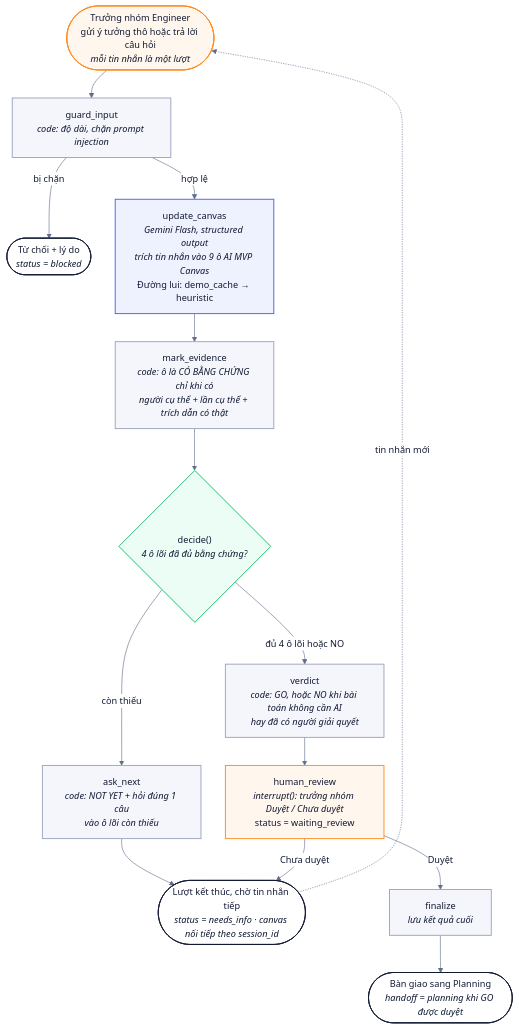
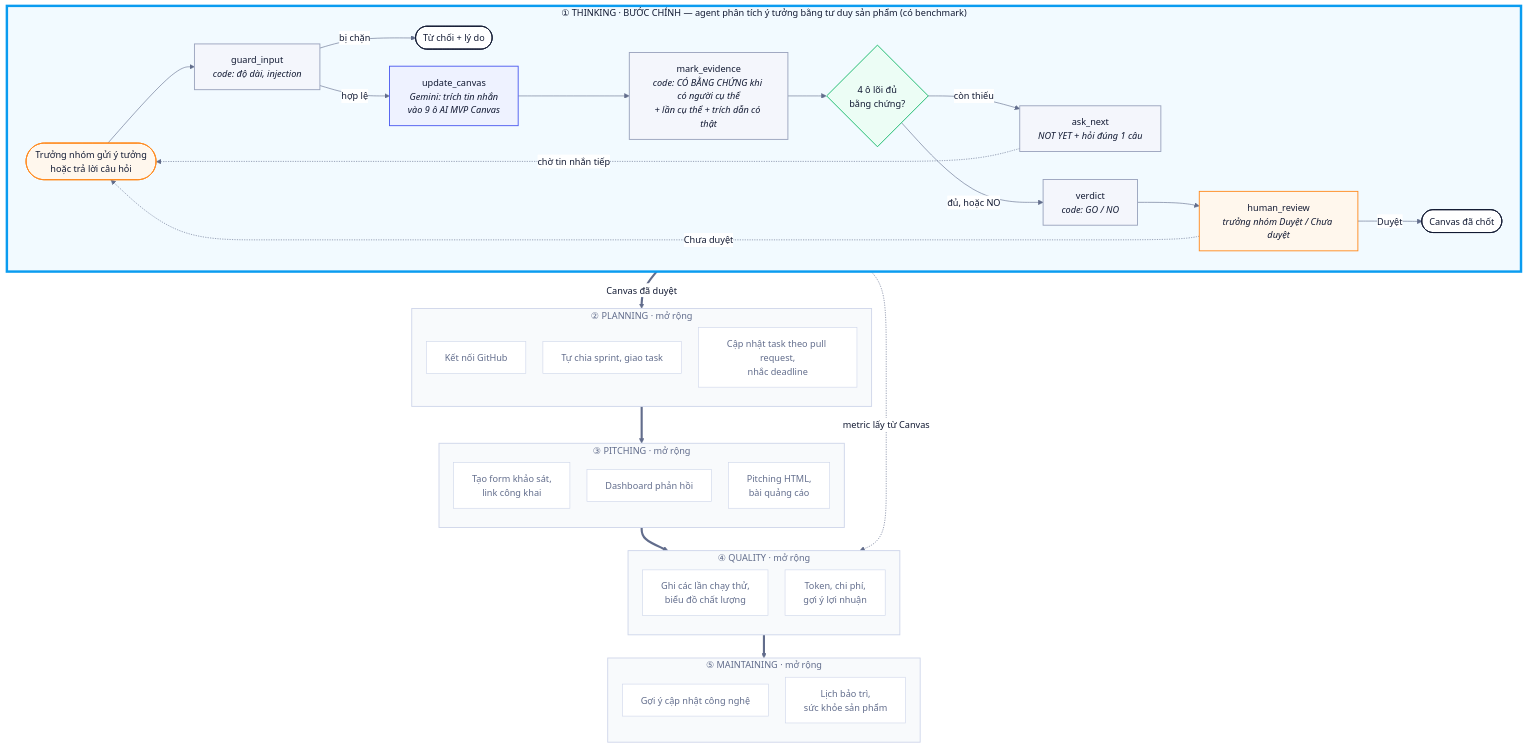
The diagram in docs/agent-architecture.mmd (HieuCaoTlu/K5-Day15-L3B-Chiikawa), drawn with Mermaid before and after one commit. The commit also changed 4 other files, not shown here.

```diff
--- a/docs/agent-architecture.mmd
+++ b/docs/agent-architecture.mmd
@@ -1,34 +1,57 @@
-%%{init: {"theme": "base", "flowchart": {"curve": "basis", "nodeSpacing": 40, "rankSpacing": 46}, "themeVariables": {"fontFamily": "Be Vietnam Pro, Segoe UI, Arial", "fontSize": "15px", "primaryColor": "#ffffff", "primaryBorderColor": "#cfd6ea", "primaryTextColor": "#121a33", "lineColor": "#626d8c"}}}%%
-flowchart TD
-    U(["Trưởng nhóm Engineer<br/>gửi ý tưởng thô hoặc trả lời câu hỏi<br/><i>mỗi tin nhắn là một lượt</i>"]):::human
-    G["guard_input<br/><i>code: độ dài, chặn prompt injection</i>"]:::code
-    B(["Từ chối + lý do<br/><i>status = blocked</i>"]):::out
-    X["update_canvas<br/><i>Gemini Flash, structured output<br/>trích tin nhắn vào 9 ô AI MVP Canvas</i><br/>Đường lui: demo_cache → heuristic"]:::llm
-    E["mark_evidence<br/><i>code: ô là CÓ BẰNG CHỨNG chỉ khi có<br/>người cụ thể + lần cụ thể + trích dẫn có thật</i>"]:::code
-    R{"decide()<br/><i>4 ô lõi đã đủ bằng chứng?</i>"}:::route
-    Q["ask_next<br/><i>code: NOT YET + hỏi đúng 1 câu<br/>vào ô lõi còn thiếu</i>"]:::code
-    W(["Lượt kết thúc, chờ tin nhắn tiếp<br/><i>status = needs_info · canvas nối tiếp theo session_id</i>"]):::out
-    V["verdict<br/><i>code: GO, hoặc NO khi bài toán không cần AI<br/>hay đã có người giải quyết</i>"]:::code
-    H["human_review<br/><i>interrupt(): trưởng nhóm Duyệt / Chưa duyệt</i><br/>status = waiting_review"]:::human
-    F["finalize<br/><i>lưu kết quả cuối</i>"]:::code
-    P(["Bàn giao sang Planning<br/><i>handoff = planning khi GO được duyệt</i>"]):::out
+%%{init: {"theme": "base", "flowchart": {"curve": "basis", "nodeSpacing": 28, "rankSpacing": 38}, "themeVariables": {"fontFamily": "Be Vietnam Pro, Segoe UI, Arial", "fontSize": "15px", "primaryColor": "#ffffff", "primaryBorderColor": "#cfd6ea", "primaryTextColor": "#121a33", "lineColor": "#626d8c"}}}%%
+flowchart TB
+    subgraph T["① THINKING · BƯỚC CHÍNH — agent phân tích ý tưởng bằng tư duy sản phẩm (có benchmark)"]
+        direction LR
+        U(["Trưởng nhóm gửi ý tưởng<br/>hoặc trả lời câu hỏi"]):::human --> G["guard_input<br/><i>code: độ dài, injection</i>"]:::code
+        G -- "bị chặn" --> B(["Từ chối + lý do"]):::out
+        G -- "hợp lệ" --> X["update_canvas<br/><i>Gemini: trích tin nhắn<br/>vào 9 ô AI MVP Canvas</i>"]:::llm
+        X --> E["mark_evidence<br/><i>code: CÓ BẰNG CHỨNG khi có người cụ thể<br/>+ lần cụ thể + trích dẫn có thật</i>"]:::code
+        E --> R{"4 ô lõi đủ<br/>bằng chứng?"}:::route
+        R -- "còn thiếu" --> Q["ask_next<br/><i>NOT YET + hỏi đúng 1 câu</i>"]:::code
+        Q -. "chờ tin nhắn tiếp" .-> U
+        R -- "đủ, hoặc NO" --> V["verdict<br/><i>code: GO / NO</i>"]:::code
+        V --> H["human_review<br/><i>trưởng nhóm Duyệt / Chưa duyệt</i>"]:::human
+        H -- "Duyệt" --> F(["Canvas đã chốt"]):::out
+        H -. "Chưa duyệt" .-> U
+    end
 
-    U --> G
-    G -- "bị chặn" --> B
-    G -- "hợp lệ" --> X
-    X --> E
-    E --> R
-    R -- "còn thiếu" --> Q
-    Q --> W
-    W -. "tin nhắn mới" .-> U
-    R -- "đủ 4 ô lõi hoặc NO" --> V
-    V --> H
-    H -- "Duyệt" --> F
-    H -- "Chưa duyệt" --> W
-    F --> P
+    subgraph P["② PLANNING · mở rộng"]
+        direction TB
+        p1["Kết nối GitHub"]:::ext
+        p2["Tự chia sprint, giao task"]:::ext
+        p3["Cập nhật task theo pull request,<br/>nhắc deadline"]:::ext
+    end
+    subgraph S["③ PITCHING · mở rộng"]
+        direction TB
+        s1["Tạo form khảo sát,<br/>link công khai"]:::ext
+        s2["Dashboard phản hồi"]:::ext
+        s3["Pitching HTML,<br/>bài quảng cáo"]:::ext
+    end
+    subgraph QL["④ QUALITY · mở rộng"]
+        direction TB
+        q1["Ghi các lần chạy thử,<br/>biểu đồ chất lượng"]:::ext
+        q2["Token, chi phí,<br/>gợi ý lợi nhuận"]:::ext
+    end
+    subgraph M["⑤ MAINTAINING · mở rộng"]
+        direction TB
+        m1["Gợi ý cập nhật công nghệ"]:::ext
+        m2["Lịch bảo trì,<br/>sức khỏe sản phẩm"]:::ext
+    end
+
+    T ==>|"Canvas đã duyệt"| P
+    P ==> S
+    S ==> QL
+    QL ==> M
+    T -. "metric lấy từ Canvas" .-> QL
 
     classDef human fill:#fff7ed,stroke:#ff8a1f,stroke-width:1.5px,color:#121a33;
     classDef code fill:#f4f6fc,stroke:#9aa3bd,stroke-width:1.5px,color:#121a33;
     classDef llm fill:#eef2ff,stroke:#4d5bf0,stroke-width:1.5px,color:#121a33;
     classDef route fill:#ecfdf5,stroke:#14b86a,stroke-width:1.5px,color:#121a33;
     classDef out fill:#ffffff,stroke:#121a33,stroke-width:1.5px,color:#121a33;
+    classDef ext fill:#ffffff,stroke:#cfd6ea,stroke-width:1px,color:#626d8c;
+    style T fill:#f2faff,stroke:#0a9cf0,stroke-width:4px,color:#121a33
+    style P fill:#f8fafc,stroke:#cfd6ea,stroke-width:1.5px,color:#626d8c
+    style S fill:#f8fafc,stroke:#cfd6ea,stroke-width:1.5px,color:#626d8c
+    style QL fill:#f8fafc,stroke:#cfd6ea,stroke-width:1.5px,color:#626d8c
+    style M fill:#f8fafc,stroke:#cfd6ea,stroke-width:1.5px,color:#626d8c
```
